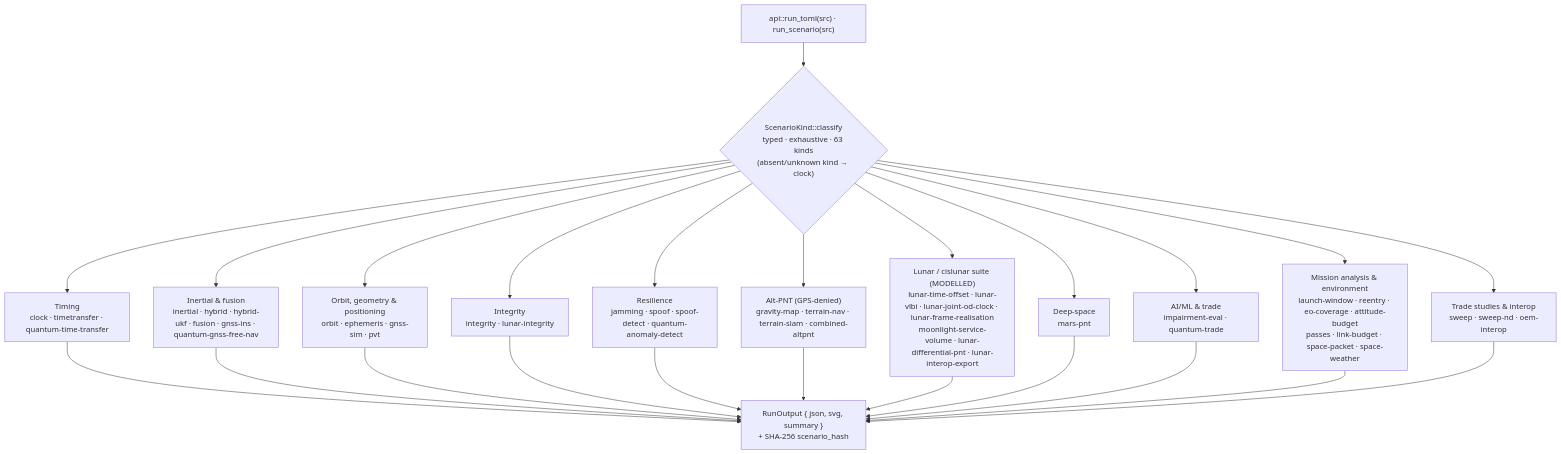
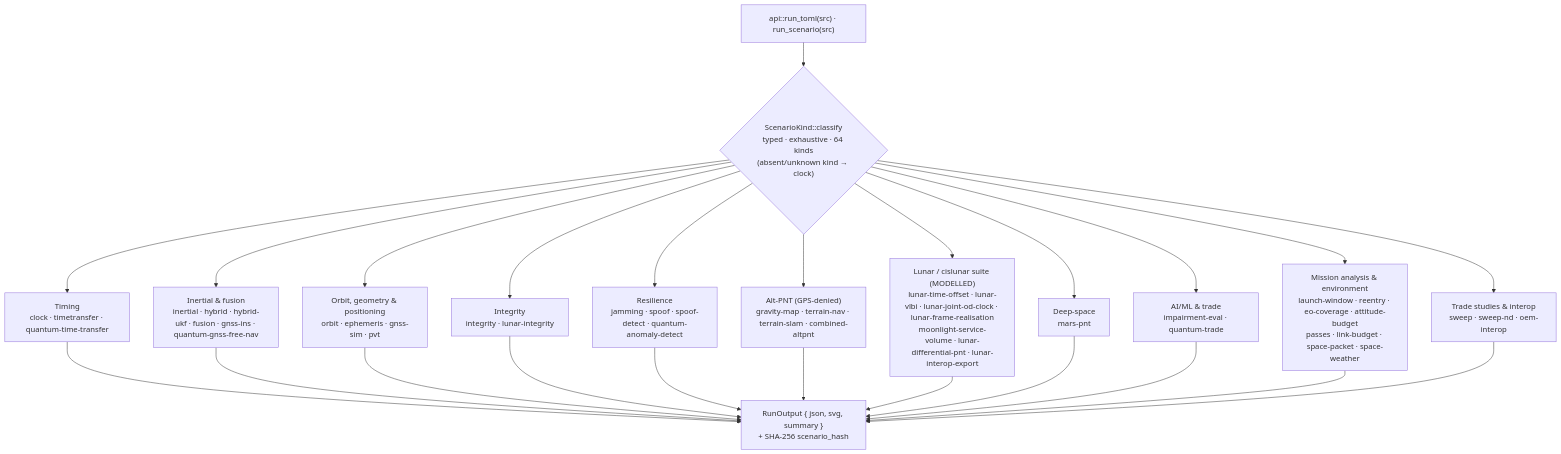
The seventh of 11 diagrams in docs/ARCHITECTURE.md (ashfordeOU/kshana), drawn with Mermaid before and after one commit. The commit also changed other lines of this file and 34 other files, not shown here.

````diff
--- a/docs/ARCHITECTURE.md
+++ b/docs/ARCHITECTURE.md
@@ -406,16 +406,16 @@
 ```mermaid
 flowchart TD
-    F["api::run_toml(src) · run_scenario(src)"] --> K{"ScenarioKind::classify<br/>typed · exhaustive · 63 kinds<br/>(absent/unknown kind → clock)"}
+    F["api::run_toml(src) · run_scenario(src)"] --> K{"ScenarioKind::classify<br/>typed · exhaustive · 64 kinds<br/>(absent/unknown kind → clock)"}
     K --> G1["Timing<br/>clock · timetransfer · quantum-time-transfer"]
     K --> G2["Inertial & fusion<br/>inertial · hybrid · hybrid-ukf · fusion · gnss-ins · quantum-gnss-free-nav"]
     K --> G3["Orbit, geometry & positioning<br/>orbit · ephemeris · gnss-sim · pvt"]
     K --> G4["Integrity<br/>integrity · lunar-integrity"]
     K --> G5["Resilience<br/>jamming · spoof · spoof-detect · quantum-anomaly-detect"]
     K --> G6["Alt-PNT (GPS-denied)<br/>gravity-map · terrain-nav · terrain-slam · combined-altpnt"]
     K --> G7["Lunar / cislunar suite (MODELLED)<br/>lunar-time-offset · lunar-vlbi · lunar-joint-od-clock · lunar-frame-realisation<br/>moonlight-service-volume · lunar-differential-pnt · lunar-interop-export"]
     K --> G8["Deep-space<br/>mars-pnt"]
     K --> G9["AI/ML & trade<br/>impairment-eval · quantum-trade"]
     K --> G10["Mission analysis & environment<br/>launch-window · reentry · eo-coverage · attitude-budget<br/>passes · link-budget · space-packet · space-weather"]
     K --> G11["Trade studies & interop<br/>sweep · sweep-nd · oem-interop"]
     G1 & G2 & G3 & G4 & G5 & G6 & G7 & G8 & G9 & G10 & G11 --> W["RunOutput { json, svg, summary }<br/>+ SHA-256 scenario_hash"]
 ```
````
